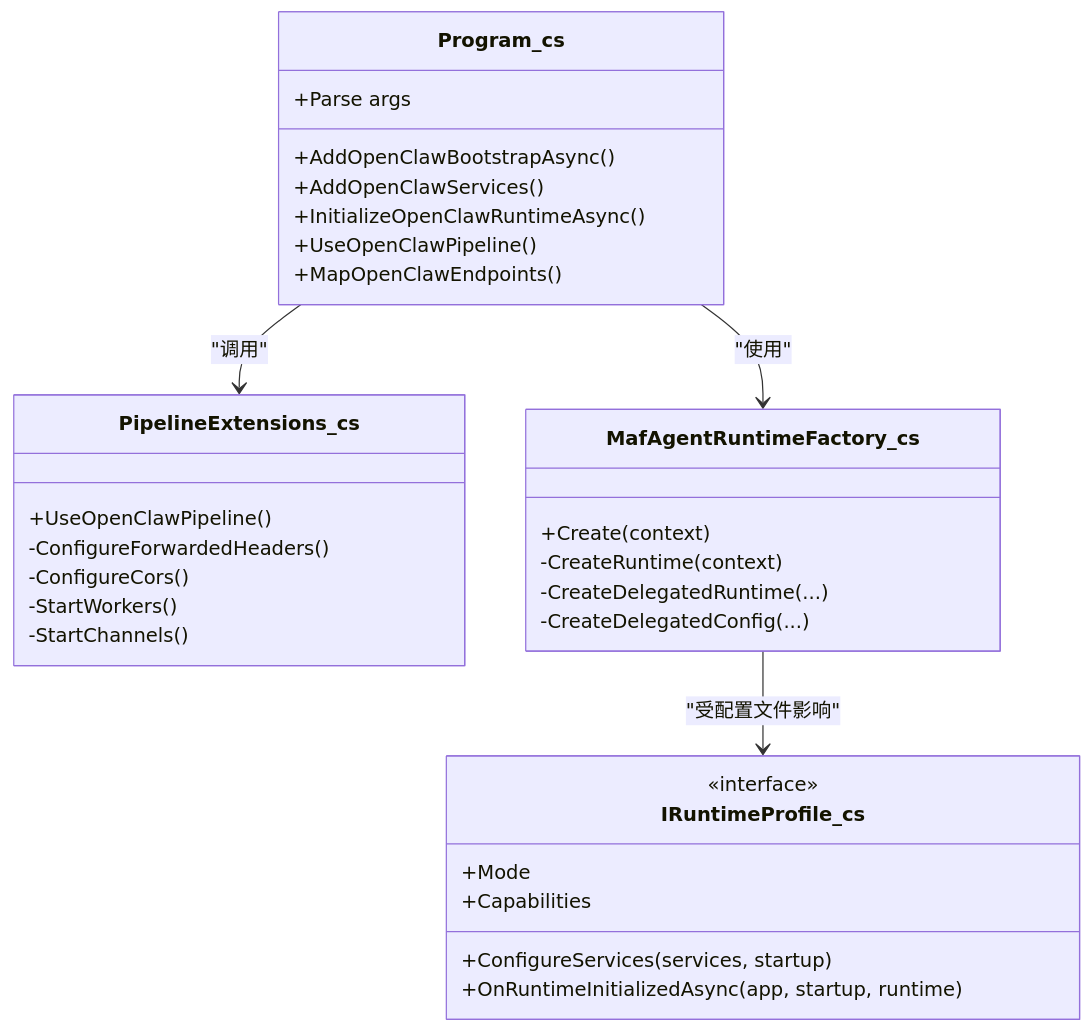
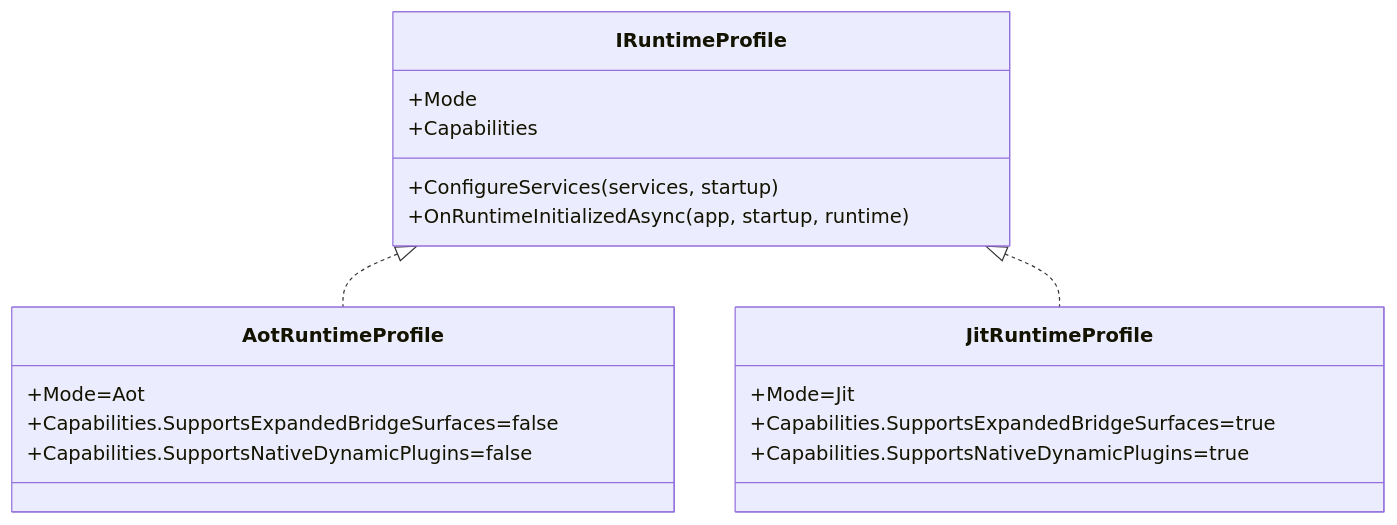
One commit to wayyet/kingcrab changed the fourth of 8 diagrams in .qoder/repowiki/zh/content/架构设计/架构设计.md. Above: the diagram before and after it, drawn with Mermaid. The commit also changed other lines of this file and 173 other files, not shown here.

````diff
--- a/.qoder/repowiki/zh/content/架构设计/架构设计.md
+++ b/.qoder/repowiki/zh/content/架构设计/架构设计.md
@@ -196,34 +200,21 @@
 ```mermaid
 classDiagram
-class Program_cs {
-+Parse args
-+AddOpenClawBootstrapAsync()
-+AddOpenClawServices()
-+InitializeOpenClawRuntimeAsync()
-+UseOpenClawPipeline()
-+MapOpenClawEndpoints()
-}
-class PipelineExtensions_cs {
-+UseOpenClawPipeline()
--ConfigureForwardedHeaders()
--ConfigureCors()
--StartWorkers()
--StartChannels()
-}
-class MafAgentRuntimeFactory_cs {
-+Create(context)
--CreateRuntime(context)
--CreateDelegatedRuntime(...)
--CreateDelegatedConfig(...)
-}
-class IRuntimeProfile_cs {
-<<interface>>
+class IRuntimeProfile {
 +Mode
 +Capabilities
 +ConfigureServices(services, startup)
 +OnRuntimeInitializedAsync(app, startup, runtime)
 }
-Program_cs --> PipelineExtensions_cs : "调用"
-Program_cs --> MafAgentRuntimeFactory_cs : "使用"
-MafAgentRuntimeFactory_cs --> IRuntimeProfile_cs : "受配置文件影响"
+class AotRuntimeProfile {
++Mode=Aot
++Capabilities.SupportsExpandedBridgeSurfaces=false
++Capabilities.SupportsNativeDynamicPlugins=false
+}
+class JitRuntimeProfile {
++Mode=Jit
++Capabilities.SupportsExpandedBridgeSurfaces=true
++Capabilities.SupportsNativeDynamicPlugins=true
+}
+IRuntimeProfile <|.. AotRuntimeProfile
+IRuntimeProfile <|.. JitRuntimeProfile
 ```
````
